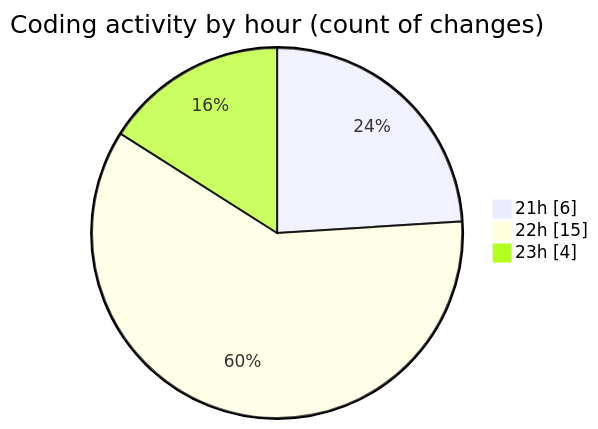
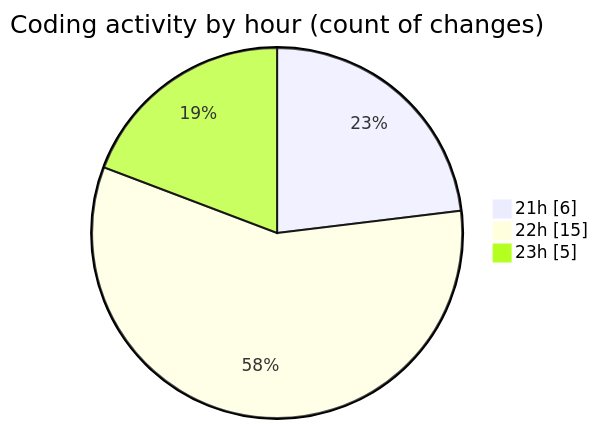
One commit to JenPaints/code-tracking changed the second of 2 diagrams in 2025-07-24/cohera/README.md. Above: the diagram before and after it, drawn with Mermaid. The commit also changed other lines of this file and 1 other file, not shown here.

````diff
--- a/2025-07-24/cohera/README.md
+++ b/2025-07-24/cohera/README.md
@@ -37,7 +38,7 @@
 ```mermaid
 pie showData
 title Coding activity by hour (count of changes)
 "21h" : 6
 "22h" : 15
-"23h" : 4
+"23h" : 5
 ```
````
